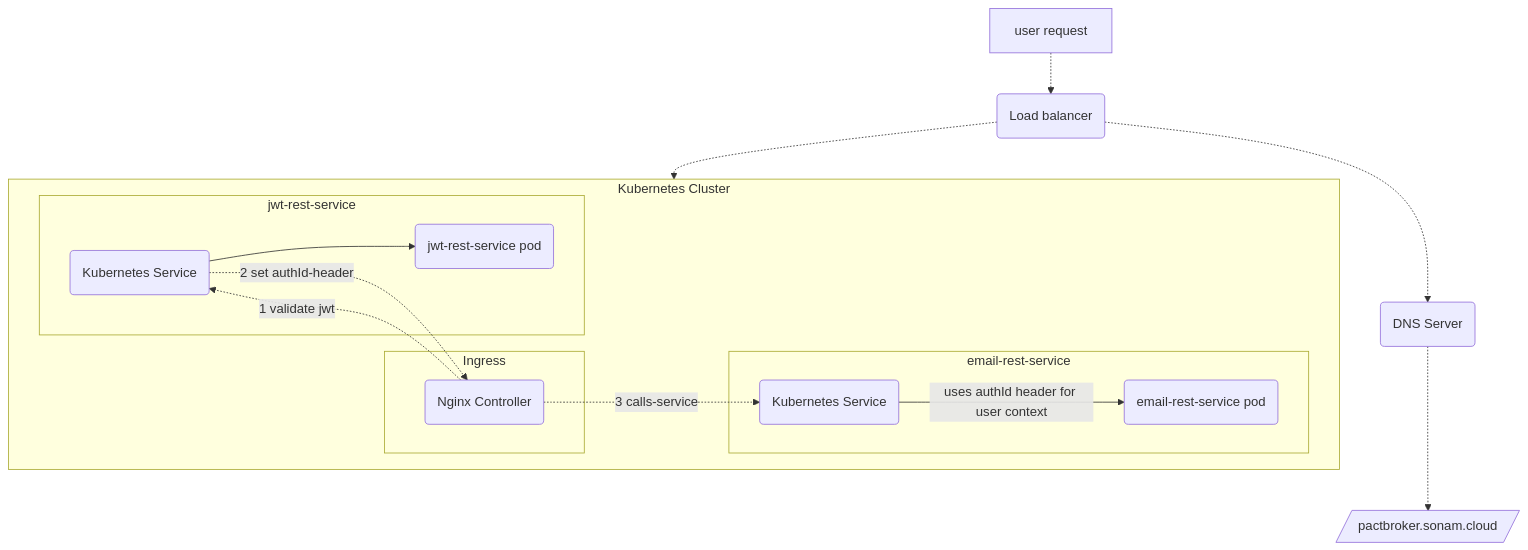
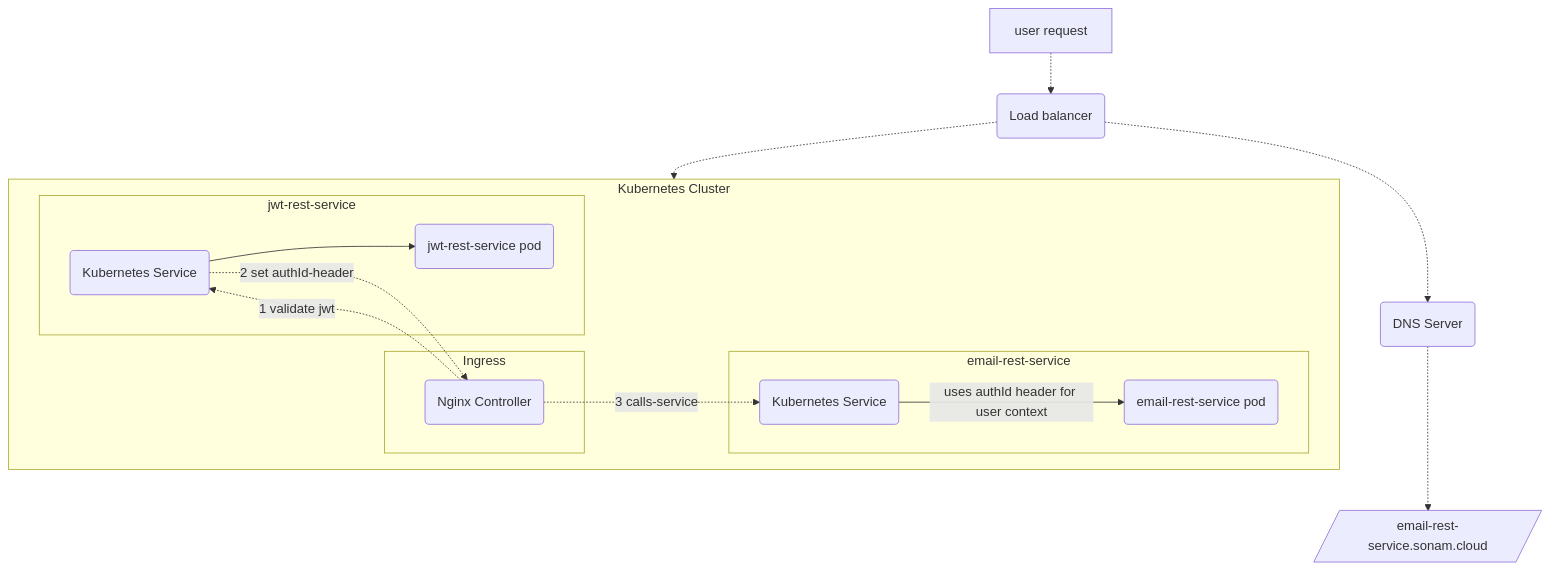
Before and after one commit to sonamsamdupkhangsar/sonamsamdupkhangsar.github.io: the first of 4 diagrams in README.md, drawn with Mermaid.

Commit message:
add jwt-rest-service

````diff
--- a/README.md
+++ b/README.md
@@ -12,24 +12,24 @@
 ```mermaid
 flowchart TD
     A[user request] -.-> B(Load balancer)
     B -.-> C(DNS Server)
-    C -.-> D[/pactbroker.sonam.cloud/]
+    C -.-> D[/email-rest-service.sonam.cloud/]
     subgraph k8[Kubernetes Cluster]
     subgraph ingress[Ingress]
     F(Nginx Controller)
     end
     subgraph app[email-rest-service]
     G(Kubernetes Service)
     G -- uses authId header for user context --> H(email-rest-service pod)    
     end    
     subgraph jwt[jwt-rest-service]
     I(Kubernetes Service)
     I --> J(jwt-rest-service pod)
     end    
     end
     F -. 3 calls-service .-> G
     F -. 1 validate jwt .-> I
     B -.-> k8
     I -. 2 set authId-header .-> F
     
 ```
````
